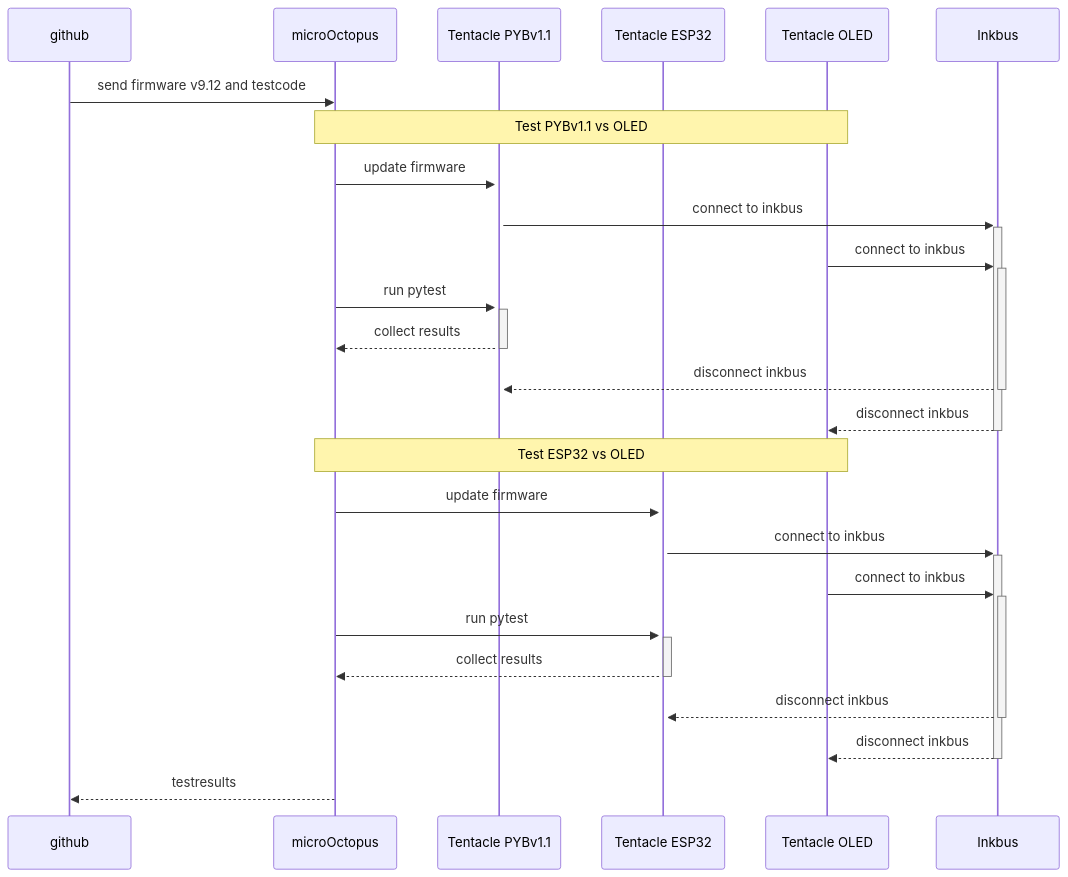
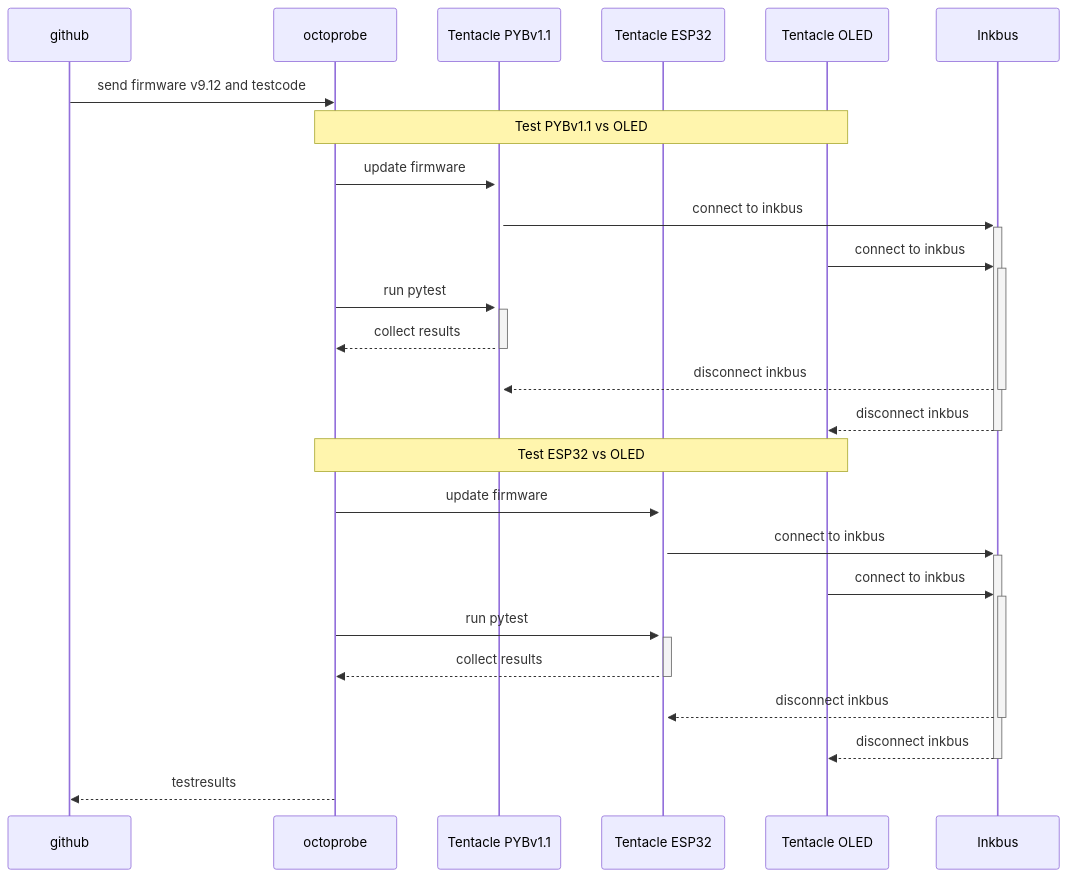
Before and after one commit to hmaerki/experiment_microoctopus: the diagram in README.md, drawn with Mermaid. The commit also changed other lines of this file and 16 other files, not shown here.

````diff
--- a/README.md
+++ b/README.md
@@ -72,32 +69,32 @@
 ```mermaid
 sequenceDiagram
     participant github
-    participant U as microOctopus
+    participant U as octoprobe
     participant TP as Tentacle PYBv1.1
     participant TE as Tentacle ESP32
     participant TO as Tentacle OLED
     participant I as Inkbus
     github->>U: send firmware v9.12 and testcode
 
     Note over U,TO: Test PYBv1.1 vs OLED
 
     U->>+TP: update firmware
     TP->>+I: connect to inkbus
     TO->>+I: connect to inkbus
     U->>+TP: run pytest
     TP-->>-U: collect results
     I-->>-TP: disconnect inkbus
     I-->>-TO: disconnect inkbus
 
     Note over U,TO: Test ESP32 vs OLED
 
     U->>+TE: update firmware
     TE->>+I: connect to inkbus
     TO->>+I: connect to inkbus
     U->>+TE: run pytest
     TE-->>-U: collect results
     I-->>-TE: disconnect inkbus
     I-->>-TO: disconnect inkbus
 
     U-->>github: testresults
 ```
````
